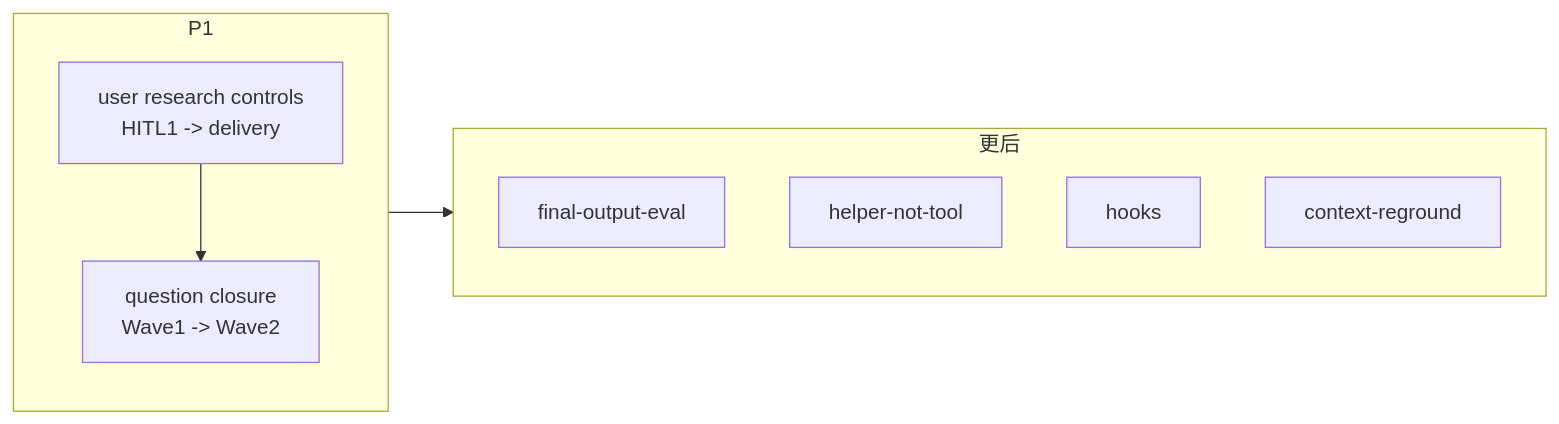
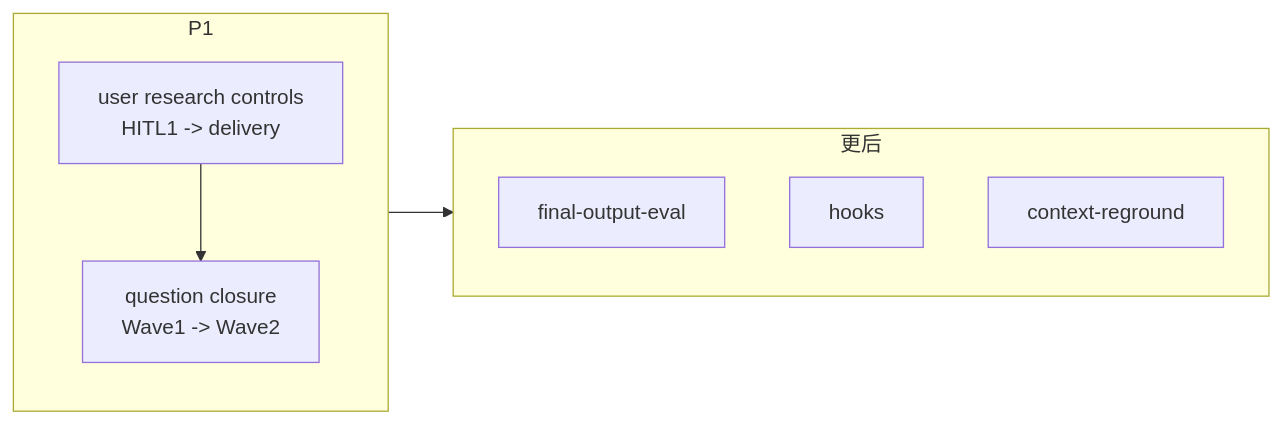
One commit to ethan-jiang-1/ai_tool_deepresearch changed the fourth of 4 diagrams in _backlog/todos/README.md. Above: the diagram before and after it, drawn with Mermaid. The commit also changed other lines of this file and 19 other files, not shown here.

````diff
--- a/_backlog/todos/README.md
+++ b/_backlog/todos/README.md
@@ -125,15 +112,14 @@
 ```mermaid
 flowchart LR
   subgraph P1["P1"]
     U["user research controls\nHITL1 -> delivery"]
     Q["question closure\nWave1 -> Wave2"]
     U --> Q
   end
   subgraph LATER["更后"]
     F["final-output-eval"]
-    H["helper-not-tool"]
     HK["hooks"]
     C["context-reground"]
   end
   P1 --> LATER
 ```
````
